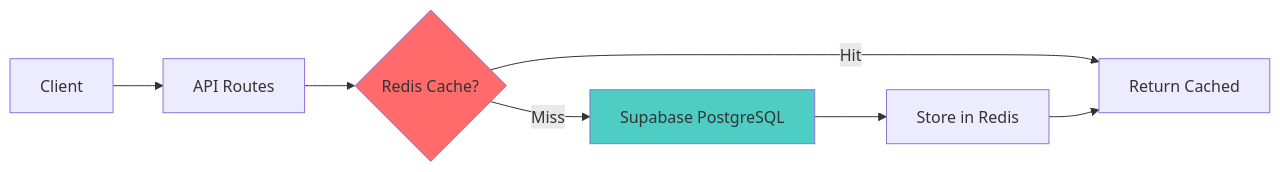
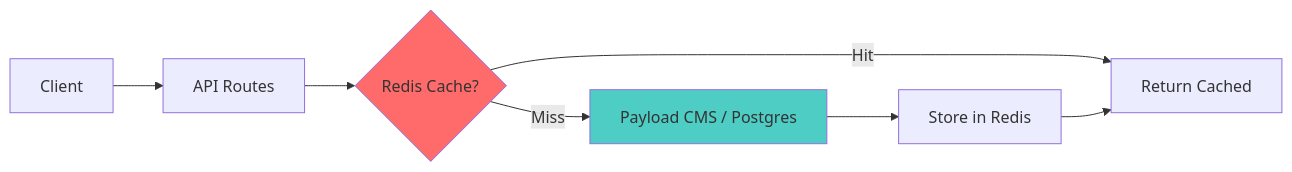
The third of 3 diagrams in README.md (rizzz6/wbjee-college-predictor), drawn with Mermaid before and after one commit. The commit also changed other lines of this file and 192 other files, not shown here.

Commit message:
sanity to payload cms migration

````diff
--- a/README.md
+++ b/README.md
@@ -502,12 +501,12 @@
 ```mermaid
 graph LR
     Client[Client] --> API[API Routes]
     API --> Cache{Redis Cache?}
     Cache -->|Hit| Return[Return Cached]
-    Cache -->|Miss| DB[Supabase PostgreSQL]
+    Cache -->|Miss| DB[Payload CMS / Postgres]
     DB --> Store[Store in Redis]
     Store --> Return
-    
+
     style Cache fill:#ff6b6b
     style DB fill:#4ecdc4
 ```
````
